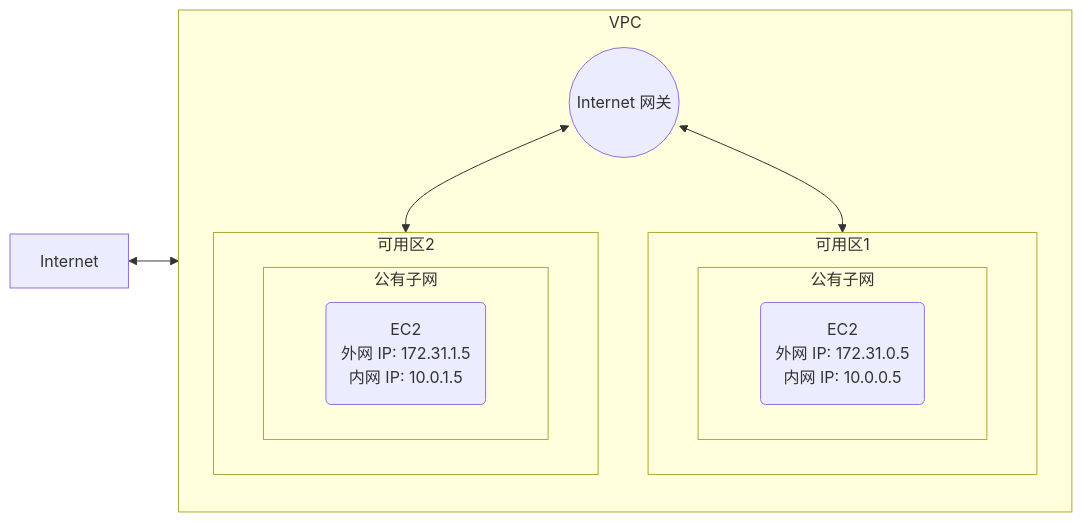
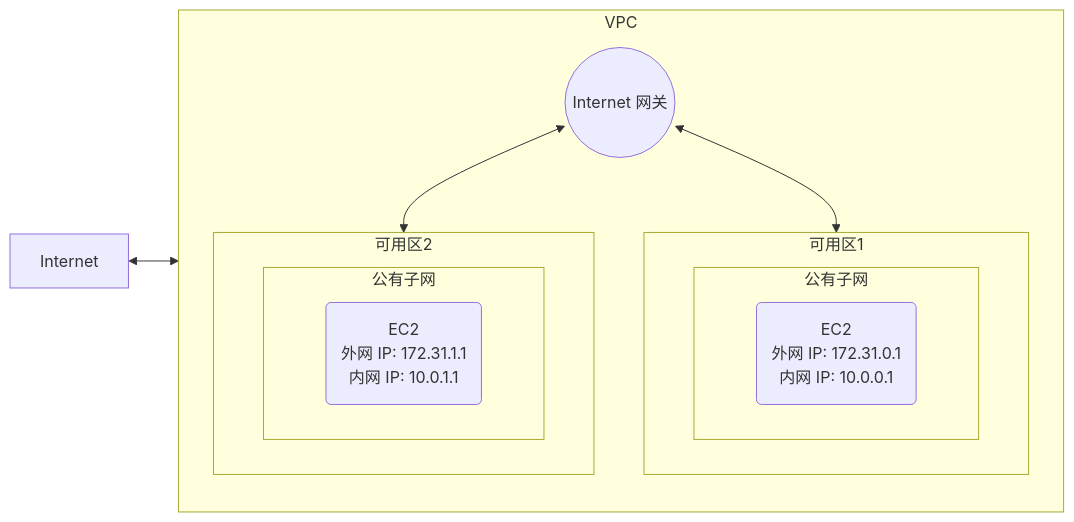
Before and after one commit to best-cloud/blog: the second of 5 diagrams in 【AWS】VPC 系列（一）一文搞懂「可用区」「子网」「Internet 网关」「NAT 网关」.md, drawn with Mermaid. The commit also changed other lines of this file, not shown here.

````diff
--- a/【AWS】VPC 系列（一）一文搞懂「可用区」「子网」「Internet 网关」「NAT 网关」.md
+++ b/【AWS】VPC 系列（一）一文搞懂「可用区」「子网」「Internet 网关」「NAT 网关」.md
@@ -84,26 +78,26 @@
 ```mermaid
 flowchart LR
     Internet
     subgraph VPC
         direction TB
         IGW((Internet 网关))
         subgraph AZ1 [可用区1]
             direction LR
             subgraph PubSub1 [公有子网]
                 direction LR
-                EC2-1(EC2\n外网 IP: 172.31.0.5\n内网 IP: 10.0.0.5)
+                EC2-1(EC2\n外网 IP: 172.31.0.1\n内网 IP: 10.0.0.1)
             end
         end
         subgraph AZ2 [可用区2]
             direction LR
             subgraph PubSub2 [公有子网]
                 direction LR
-                EC2-2(EC2\n外网 IP: 172.31.1.5\n内网 IP: 10.0.1.5)
+                EC2-2(EC2\n外网 IP: 172.31.1.1\n内网 IP: 10.0.1.1)
             end
         end
     end
 
     Internet <--> IGW
     IGW <--> EC2-1
     IGW <--> EC2-2
 ```
````
